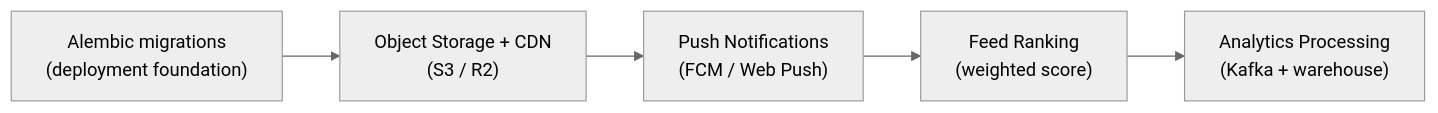
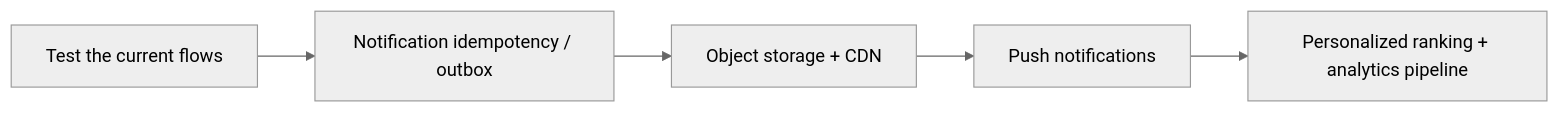
The diagram in docs/learning/architecture-gaps.md (shiva6666/socialmediaapp), drawn with Mermaid (neutral theme) before and after one commit. The commit also changed other lines of this file and 8 other files, not shown here.

````diff
--- a/docs/learning/architecture-gaps.md
+++ b/docs/learning/architecture-gaps.md
@@ -146,7 +155,7 @@
 ```mermaid
 flowchart LR
-    A["Alembic migrations\n(deployment foundation)"] --> B["Object Storage + CDN\n(S3 / R2)"]
-    B --> C["Push Notifications\n(FCM / Web Push)"]
-    C --> D["Feed Ranking\n(weighted score)"]
-    D --> E["Analytics Processing\n(Kafka + warehouse)"]
+    A["Test the current flows"] --> B["Notification idempotency / outbox"]
+    B --> C["Object storage + CDN"]
+    C --> D["Push notifications"]
+    D --> E["Personalized ranking + analytics pipeline"]
 ```
````
